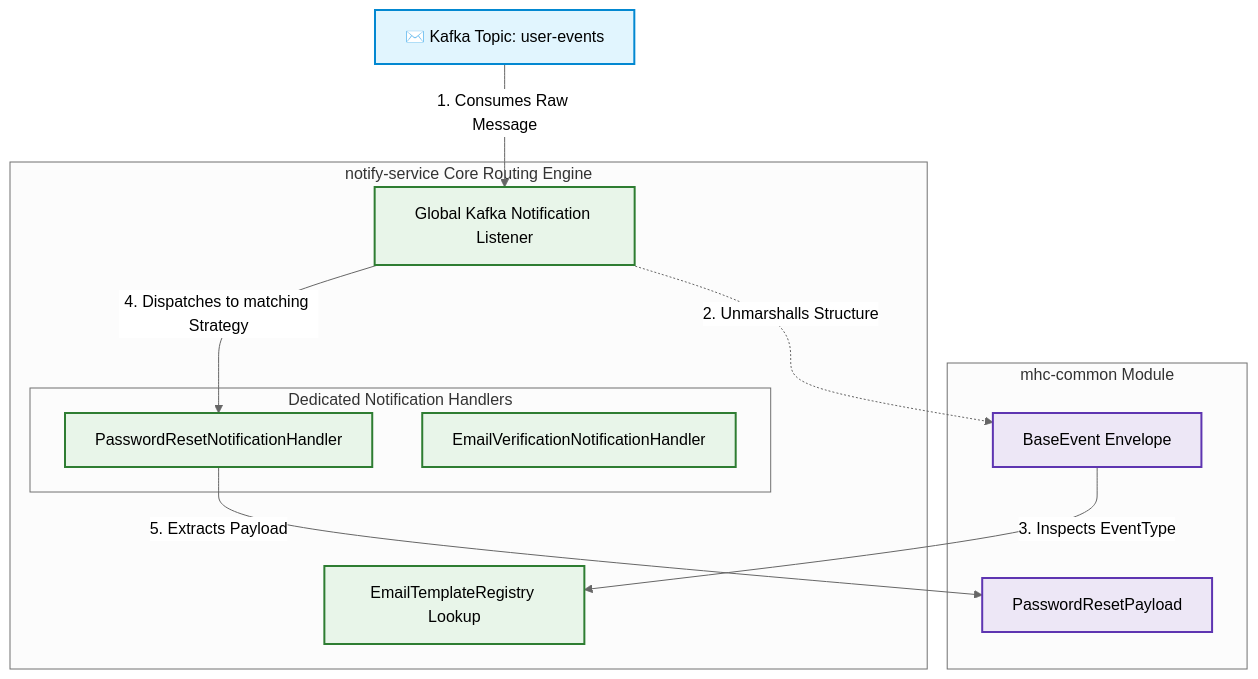
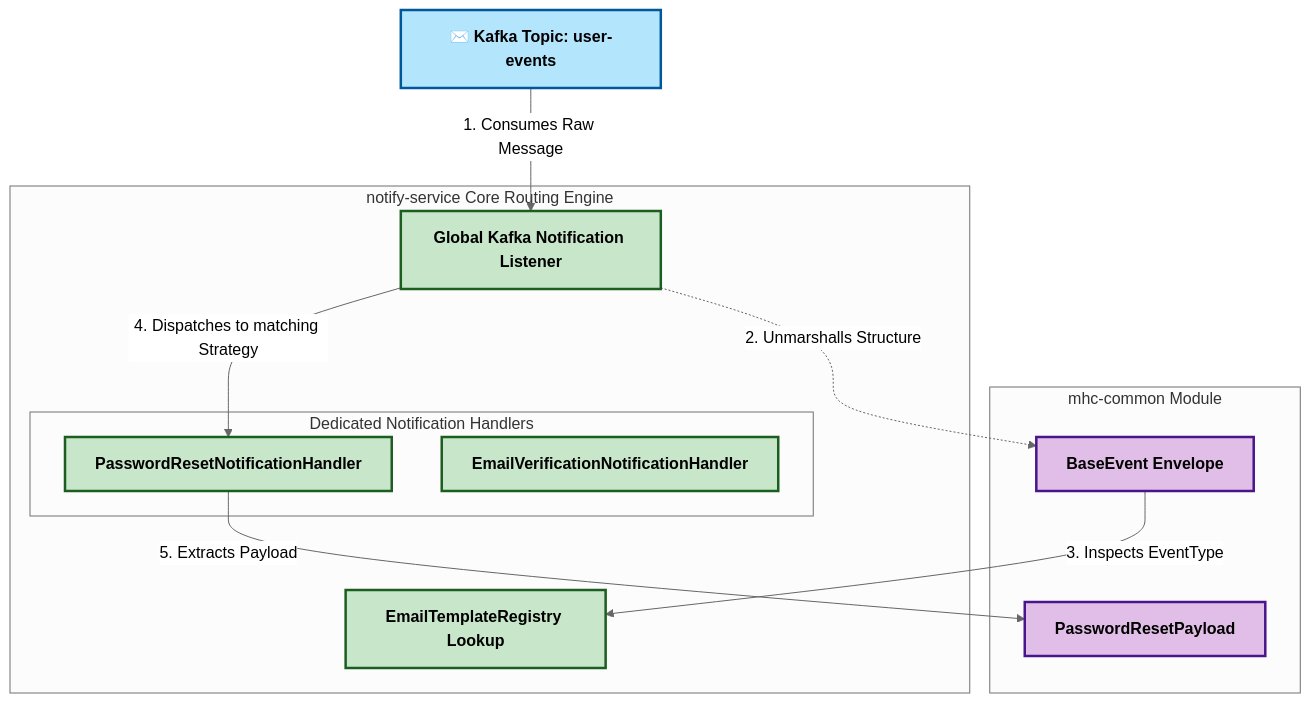
Before and after one commit to RichardKovacik/multi-module-service: the first of 2 diagrams in notify-service/README.md, drawn with Mermaid (neutral theme). The commit also changed other lines of this file, not shown here.

Commit message:
Update README.md
Change colours of diagram for better readability

````diff
--- a/notify-service/README.md
+++ b/notify-service/README.md
@@ -40,32 +40,32 @@
 ```mermaid
 graph TD
-    %% Styling Configuration
-    classDef broker fill:#E1F5FE,stroke:#0288D1,stroke-width:2px;
-    classDef common fill:#EDE7F6,stroke:#5E35B1,stroke-width:2px;
-    classDef core fill:#E8F5E9,stroke:#2E7D32,stroke-width:2px;
+    %% High-Contrast Styling Configuration
+    classDef broker fill:#B3E5FC,stroke:#01579B,stroke-width:2.5px,color:#000000,font-weight:bold;
+    classDef common fill:#E1BEE7,stroke:#4A148C,stroke-width:2.5px,color:#000000,font-weight:bold;
+    classDef core fill:#C8E6C9,stroke:#1B5E20,stroke-width:2.5px,color:#000000,font-weight:bold;
 
     %% Inbound Path
     Kafka[✉️ Kafka Topic: user-events]:::broker
     
     subgraph Common_Contracts [mhc-common Module]
         Base[BaseEvent Envelope]:::common
         Payload[PasswordResetPayload]:::common
     end
 
     subgraph Strategy_Routing [notify-service Core Routing Engine]
         Listener[Global Kafka Notification Listener]:::core
         Registry[EmailTemplateRegistry Lookup]:::core
         
         subgraph Strategies [Dedicated Notification Handlers]
             PwdHandler[PasswordResetNotificationHandler]:::core
             VerifyHandler[EmailVerificationNotificationHandler]:::core
         end
     end
 
     %% Flow Connections
     Kafka -->|1. Consumes Raw Message| Listener
     Listener -.->|2. Unmarshalls Structure| Base
     Base -->|3. Inspects EventType| Registry
     Listener -->|4. Dispatches to matching Strategy| PwdHandler
     PwdHandler -->|5. Extracts Payload| Payload
 ```
````
